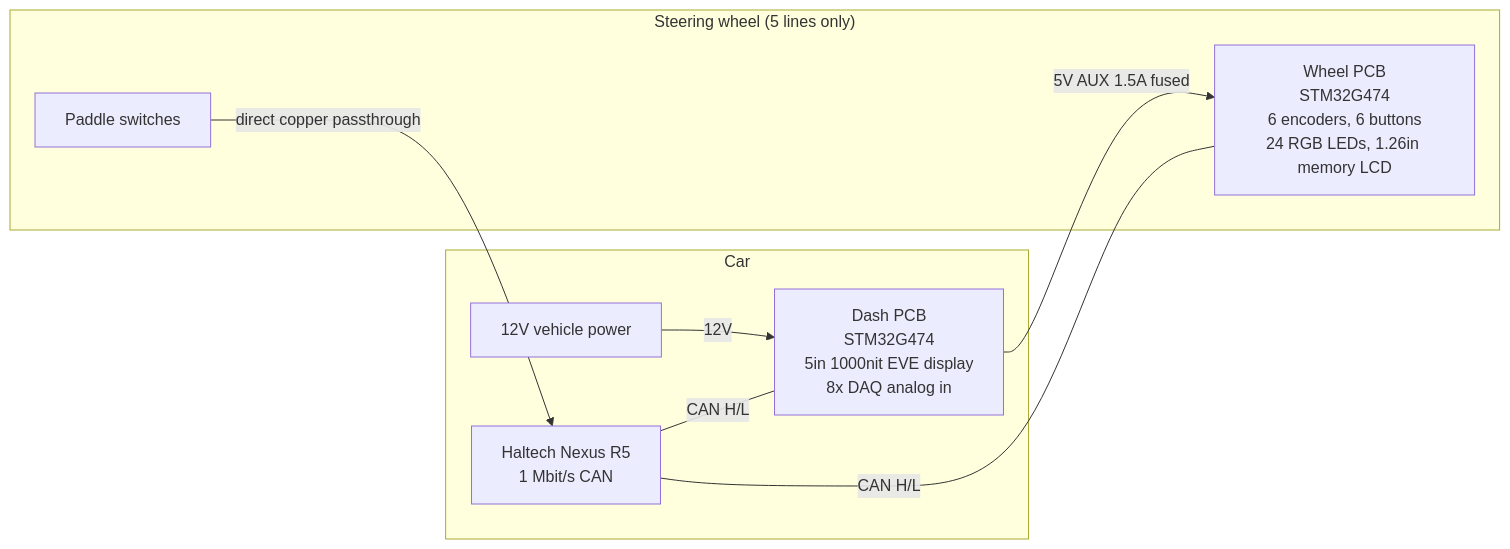
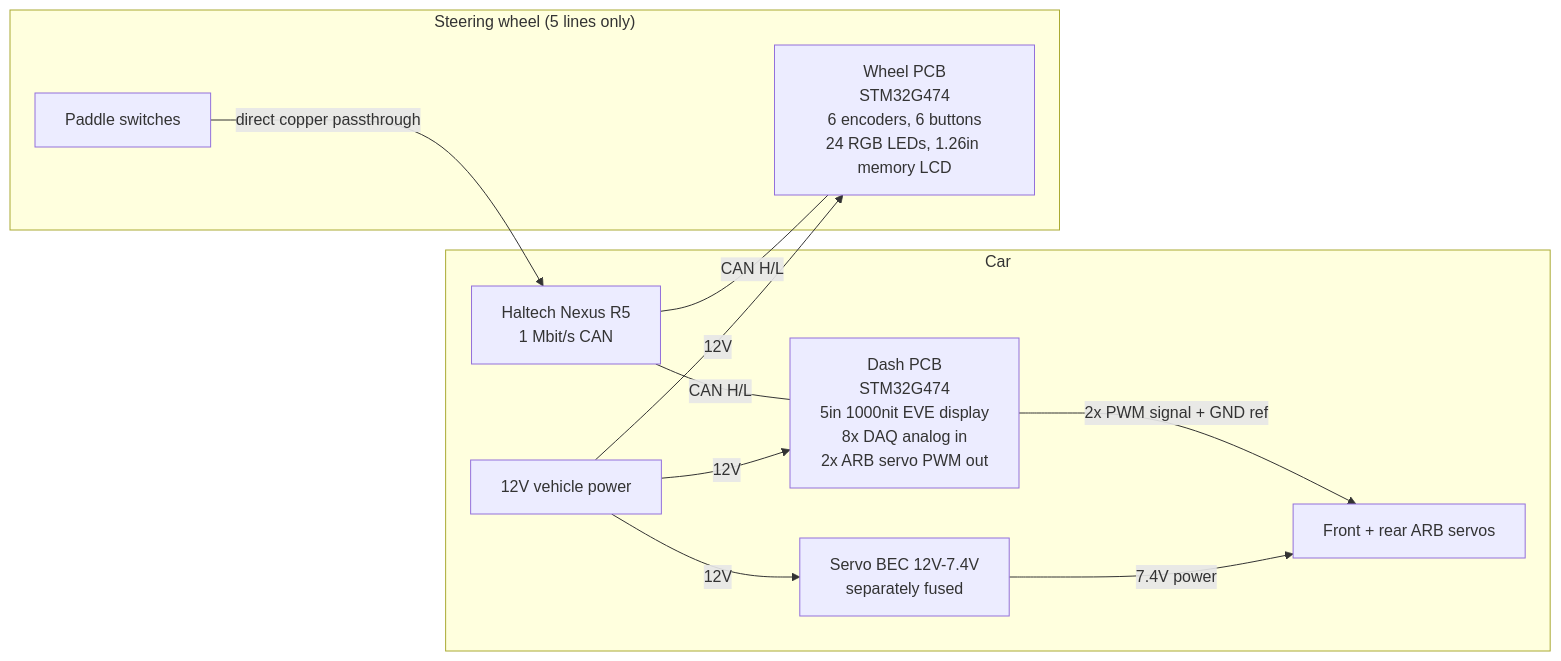
One commit to wes170/CAN-Enabled-FSAE-Steering-Wheel changed the diagram in memory/system-architecture-and-can.md. Above: the diagram before and after it, drawn with Mermaid. The commit also changed other lines of this file, not shown here.

First line of the commit message:
Rev B: architecture, topology, power budgets and ARB control path

````diff
--- a/memory/system-architecture-and-can.md
+++ b/memory/system-architecture-and-can.md
@@ -8,17 +8,22 @@
 ```mermaid
 graph LR
     subgraph Car
         ECU[Haltech Nexus R5<br/>1 Mbit/s CAN]
-        DASH[Dash PCB<br/>STM32G474<br/>5in 1000nit EVE display<br/>8x DAQ analog in]
+        DASH[Dash PCB<br/>STM32G474<br/>5in 1000nit EVE display<br/>8x DAQ analog in<br/>2x ARB servo PWM out]
         BATT[12V vehicle power]
+        BEC[Servo BEC 12V-7.4V<br/>separately fused]
+        ARB[Front + rear ARB servos]
     end
     subgraph "Steering wheel (5 lines only)"
         WHEEL[Wheel PCB<br/>STM32G474<br/>6 encoders, 6 buttons<br/>24 RGB LEDs, 1.26in memory LCD]
         PADDLES[Paddle switches]
     end
     BATT -->|12V| DASH
-    DASH -->|5V AUX 1.5A fused| WHEEL
+    BATT -->|12V| WHEEL
+    BATT -->|12V| BEC
+    BEC -->|7.4V power| ARB
+    DASH -->|2x PWM signal + GND ref| ARB
     ECU ---|CAN H/L| DASH
     ECU ---|CAN H/L| WHEEL
     PADDLES -->|direct copper passthrough| ECU
 ```
````
